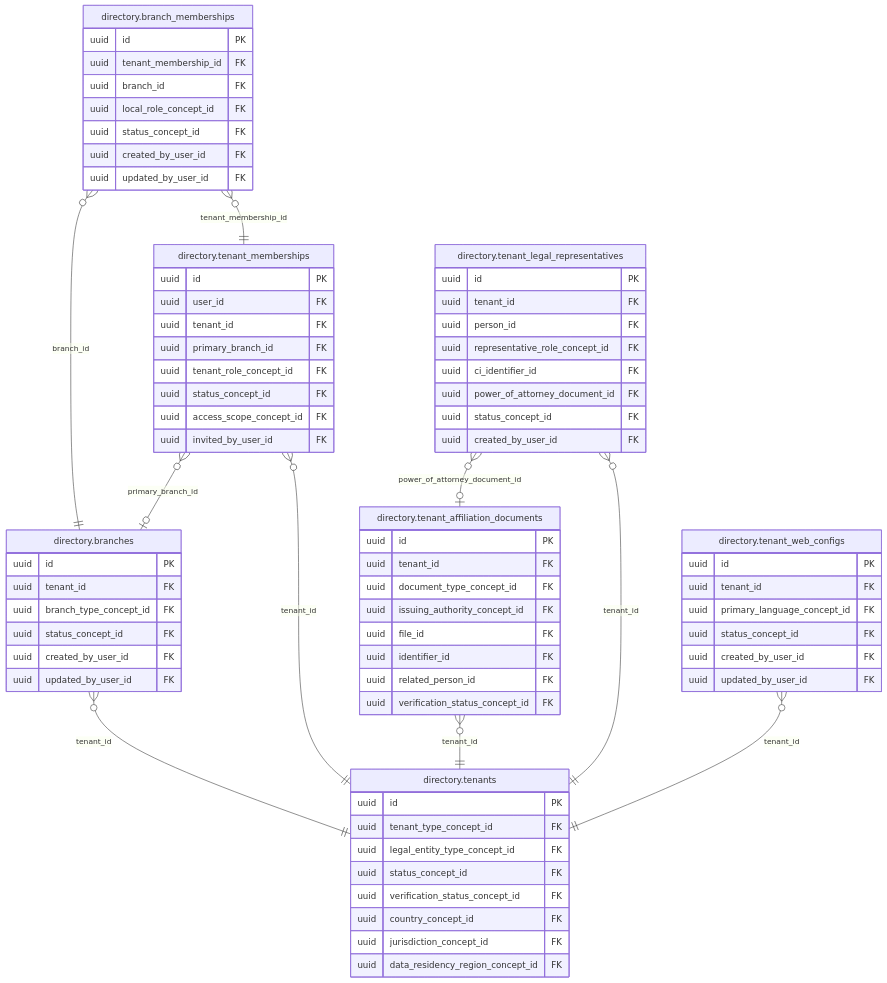
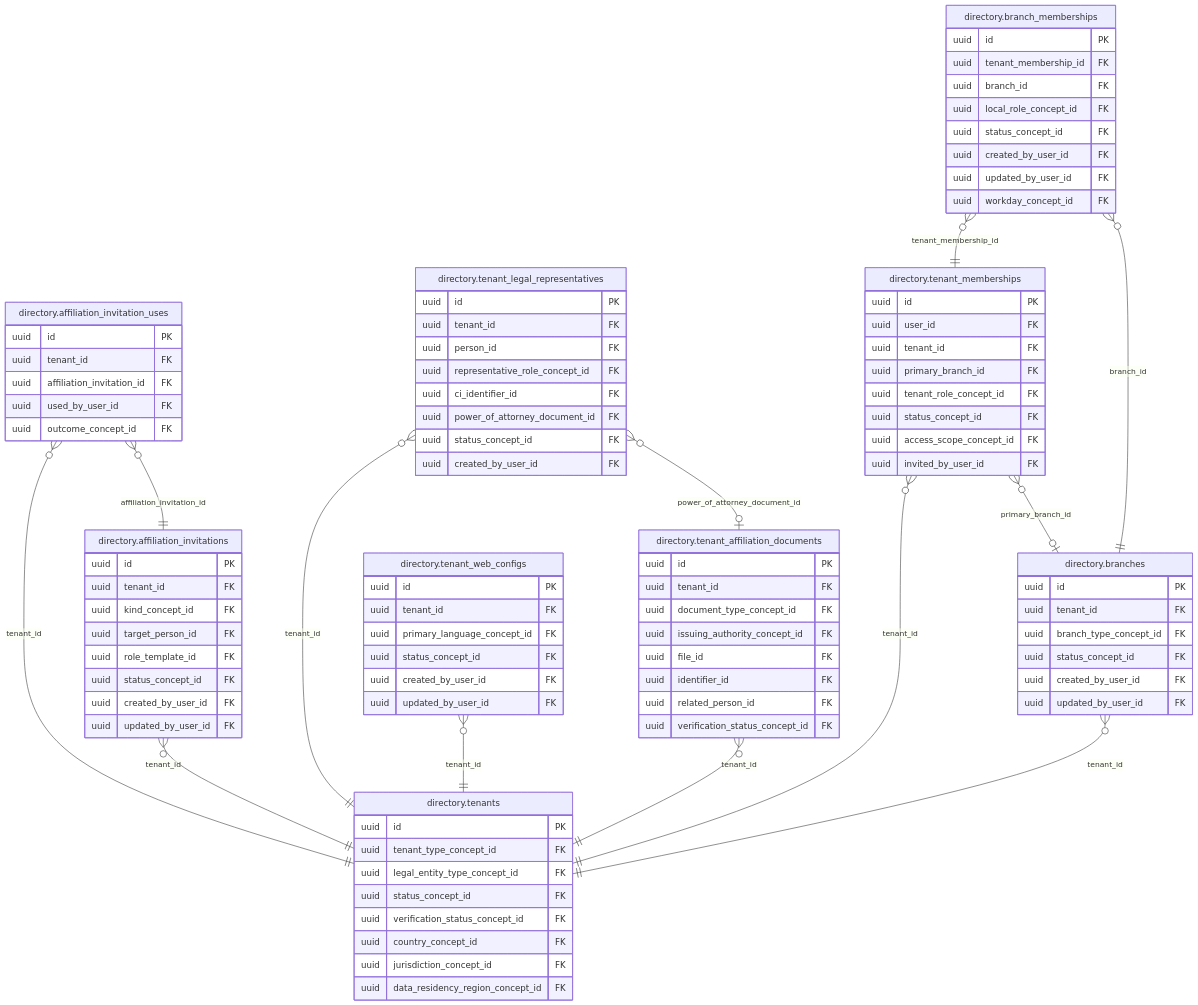
The diagram in docs/inventario/catalogo/directory.md (mdavila-2001/mantra-core-health-api), drawn with Mermaid before and after one commit. The commit also changed other lines of this file and 1040 other files, not shown here.

````diff
--- a/docs/inventario/catalogo/directory.md
+++ b/docs/inventario/catalogo/directory.md
@@ -27,31 +29,21 @@
 ```mermaid
 erDiagram
-  directory_branch_memberships["directory.branch_memberships"] {
+  directory_affiliation_invitation_uses["directory.affiliation_invitation_uses"] {
     uuid id PK
-    uuid tenant_membership_id FK
-    uuid branch_id FK
-    uuid local_role_concept_id FK
+    uuid tenant_id FK
+    uuid affiliation_invitation_id FK
+    uuid used_by_user_id FK
+    uuid outcome_concept_id FK
+  }
+  directory_affiliation_invitations["directory.affiliation_invitations"] {
+    uuid id PK
+    uuid tenant_id FK
+    uuid kind_concept_id FK
+    uuid target_person_id FK
+    uuid role_template_id FK
     uuid status_concept_id FK
     uuid created_by_user_id FK
     uuid updated_by_user_id FK
-  }
-  directory_branches["directory.branches"] {
-    uuid id PK
-    uuid tenant_id FK
-    uuid branch_type_concept_id FK
-    uuid status_concept_id FK
-    uuid created_by_user_id FK
-    uuid updated_by_user_id FK
-  }
-  directory_tenant_memberships["directory.tenant_memberships"] {
-    uuid id PK
-    uuid user_id FK
-    uuid tenant_id FK
-    uuid primary_branch_id FK
-    uuid tenant_role_concept_id FK
-    uuid status_concept_id FK
-    uuid access_scope_concept_id FK
-    uuid invited_by_user_id FK
   }
   directory_tenants["directory.tenants"] {
     uuid id PK
@@ -62,6 +54,14 @@
     uuid country_concept_id FK
     uuid jurisdiction_concept_id FK
     uuid data_residency_region_concept_id FK
+  }
+  directory_branches["directory.branches"] {
+    uuid id PK
+    uuid tenant_id FK
+    uuid branch_type_concept_id FK
+    uuid status_concept_id FK
+    uuid created_by_user_id FK
+    uuid updated_by_user_id FK
   }
   directory_tenant_affiliation_documents["directory.tenant_affiliation_documents"] {
     uuid id PK
@@ -83,6 +83,16 @@
     uuid status_concept_id FK
     uuid created_by_user_id FK
   }
+  directory_tenant_memberships["directory.tenant_memberships"] {
+    uuid id PK
+    uuid user_id FK
+    uuid tenant_id FK
+    uuid primary_branch_id FK
+    uuid tenant_role_concept_id FK
+    uuid status_concept_id FK
+    uuid access_scope_concept_id FK
+    uuid invited_by_user_id FK
+  }
   directory_tenant_web_configs["directory.tenant_web_configs"] {
     uuid id PK
     uuid tenant_id FK
@@ -91,13 +101,26 @@
     uuid created_by_user_id FK
     uuid updated_by_user_id FK
   }
-  directory_branch_memberships }o--|| directory_tenant_memberships : "tenant_membership_id"
-  directory_branch_memberships }o--|| directory_branches : "branch_id"
+  directory_branch_memberships["directory.branch_memberships"] {
+    uuid id PK
+    uuid tenant_membership_id FK
+    uuid branch_id FK
+    uuid local_role_concept_id FK
+    uuid status_concept_id FK
+    uuid created_by_user_id FK
+    uuid updated_by_user_id FK
+    uuid workday_concept_id FK
+  }
+  directory_affiliation_invitation_uses }o--|| directory_tenants : "tenant_id"
+  directory_affiliation_invitation_uses }o--|| directory_affiliation_invitations : "affiliation_invitation_id"
+  directory_affiliation_invitations }o--|| directory_tenants : "tenant_id"
   directory_branches }o--|| directory_tenants : "tenant_id"
-  directory_tenant_memberships }o--|| directory_tenants : "tenant_id"
-  directory_tenant_memberships }o--o| directory_branches : "primary_branch_id"
   directory_tenant_affiliation_documents }o--|| directory_tenants : "tenant_id"
   directory_tenant_legal_representatives }o--|| directory_tenants : "tenant_id"
   directory_tenant_legal_representatives }o--o| directory_tenant_affiliation_documents : "power_of_attorney_document_id"
+  directory_tenant_memberships }o--|| directory_tenants : "tenant_id"
+  directory_tenant_memberships }o--o| directory_branches : "primary_branch_id"
   directory_tenant_web_configs }o--|| directory_tenants : "tenant_id"
+  directory_branch_memberships }o--|| directory_tenant_memberships : "tenant_membership_id"
+  directory_branch_memberships }o--|| directory_branches : "branch_id"
 ```
````
